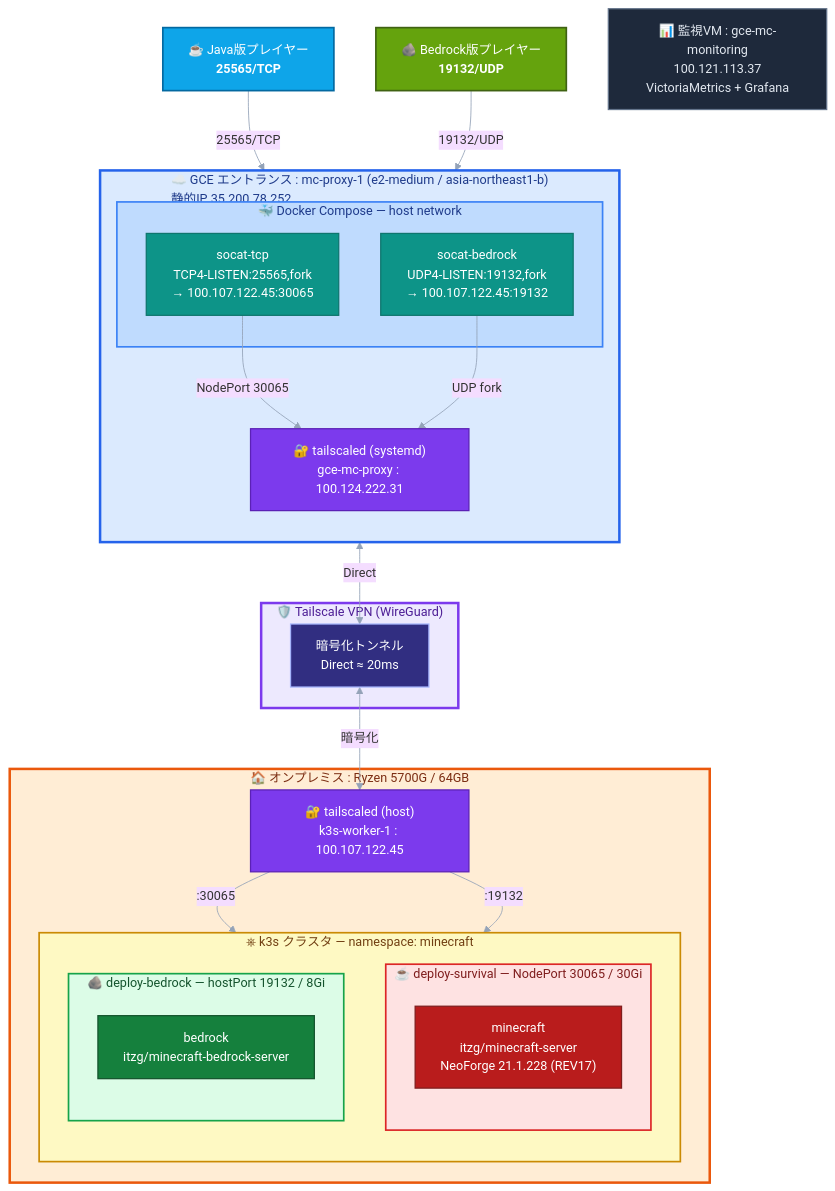
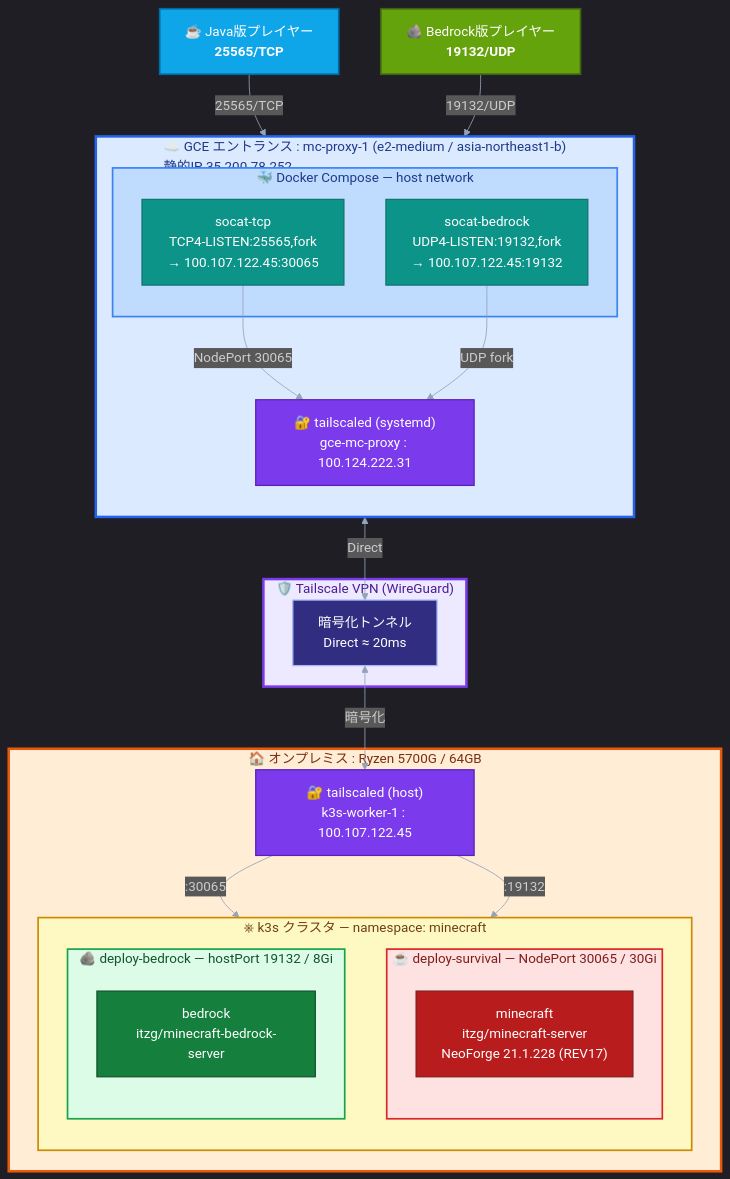
One commit to Tagomori0211/Minecraft-on-Kubenates changed the diagram in Documents/architecture/infrastructure.mermaid. Above: the diagram before and after it, drawn with Mermaid. The commit also changed 1 other file, not shown here.

Commit message:
infra mermaid fix

```diff
--- a/Documents/architecture/infrastructure.mermaid
+++ b/Documents/architecture/infrastructure.mermaid
@@ -1,91 +1,83 @@
-%%{init: {'theme':'base', 'themeVariables': {
-  'fontFamily':'Meiryo, Noto Sans JP, sans-serif',
-  'fontSize':'15px',
-  'clusterBkg':'transparent',
+%%{init: {'theme':'dark', 'themeVariables': {
   'lineColor':'#94a3b8'
 }}}%%
 flowchart TD
 
     %% ───────────── プレイヤー ─────────────
     Player_Java["☕ Java版プレイヤー<br/><b>25565/TCP</b>"]
     Player_Bedrock["🪨 Bedrock版プレイヤー<br/><b>19132/UDP</b>"]
 
     %% ───────────── GCE エントランス ─────────────
     subgraph GCE["☁️ GCE エントランス : mc-proxy-1 (e2-medium / asia-northeast1-b)<br/>静的IP 35.200.78.252"]
         direction TB
         subgraph Compose["🐳 Docker Compose — host network"]
             SocatTCP["socat-tcp<br/>TCP4-LISTEN:25565,fork<br/>→ 100.107.122.45:30065"]
             SocatUDP["socat-bedrock<br/>UDP4-LISTEN:19132,fork<br/>→ 100.107.122.45:19132"]
         end
         TailscaledGCE["🔐 tailscaled (systemd)<br/>gce-mc-proxy : 100.124.222.31"]
     end
 
     %% ───────────── Tailscale VPN ─────────────
     subgraph TS["🛡️ Tailscale VPN (WireGuard)"]
         TS_Net["暗号化トンネル<br/>Direct ≈ 20ms"]
     end
 
     %% ───────────── オンプレ k3s ─────────────
     subgraph Onprem["🏠 オンプレミス : Ryzen 5700G / 64GB"]
         TailscaledK3s["🔐 tailscaled (host)<br/>k3s-worker-1 : 100.107.122.45"]
         subgraph K3s["⎈ k3s クラスタ — namespace: minecraft"]
             direction TB
             subgraph Survival["☕ deploy-survival — NodePort 30065 / 30Gi"]
                 direction TB
                 SvMc["minecraft<br/>itzg/minecraft-server<br/>NeoForge 21.1.228 (REV17)"]
 
             end
             subgraph Bedrock["🪨 deploy-bedrock — hostPort 19132 / 8Gi"]
                 direction TB
                 BdSrv["bedrock<br/>itzg/minecraft-bedrock-server"]
 
             end
 
         end
     end
 
-    %% ───────────── 監視 / バックアップ先 ─────────────
-    Monitoring["📊 監視VM : gce-mc-monitoring<br/>100.121.113.37<br/>VictoriaMetrics + Grafana"]
-    
 
     %% ───────────── データフロー ─────────────
     Player_Java    -->|"25565/TCP"| SocatTCP
     Player_Bedrock -->|"19132/UDP"| SocatUDP
 
     SocatTCP -->|"NodePort 30065"| TailscaledGCE
     SocatUDP -->|"UDP fork"| TailscaledGCE
     TailscaledGCE <-->|"Direct"| TS_Net
     TS_Net <-->|"暗号化"| TailscaledK3s
 
     TailscaledK3s -->|":30065"| Survival
     TailscaledK3s -->|":19132"| Bedrock
 
 
 
     %% ───────────── スタイル ─────────────
     classDef player    fill:#0ea5e9,color:#fff,stroke:#0369a1,stroke-width:2px;
     classDef playerBed fill:#65a30d,color:#fff,stroke:#3f6212,stroke-width:2px;
     classDef socat     fill:#0d9488,color:#fff,stroke:#0f766e,stroke-width:1.5px;
     classDef tsnode    fill:#7c3aed,color:#fff,stroke:#5b21b6,stroke-width:1.5px;
     classDef tsnet     fill:#312e81,color:#fff,stroke:#a5b4fc,stroke-width:1.5px;
     classDef svComp    fill:#b91c1c,color:#fff,stroke:#7f1d1d,stroke-width:1.5px;
     classDef bdComp    fill:#15803d,color:#fff,stroke:#14532d,stroke-width:1.5px;
     classDef ext       fill:#1e293b,color:#e2e8f0,stroke:#64748b,stroke-width:1.5px;
 
     class Player_Java player;
     class Player_Bedrock playerBed;
     class SocatTCP,SocatUDP socat;
     class TailscaledGCE,TailscaledK3s tsnode;
     class TS_Net tsnet;
     class SvMc,SvMon,SvLog svComp;
     class BdSrv,BdMon bdComp;
-    class BdsBackup,GcsBackup ops;
-    class Monitoring,GCS ext;
-
+    
     style GCE        fill:#dbeafe,color:#1e3a8a,stroke:#2563eb,stroke-width:3px;
     style Compose    fill:#bfdbfe,color:#1e3a8a,stroke:#3b82f6,stroke-width:2px;
     style TS         fill:#ede9fe,color:#4c1d95,stroke:#7c3aed,stroke-width:3px;
     style Onprem     fill:#ffedd5,color:#7c2d12,stroke:#ea580c,stroke-width:3px;
     style K3s        fill:#fef9c3,color:#713f12,stroke:#ca8a04,stroke-width:2px;
     style Survival   fill:#fee2e2,color:#7f1d1d,stroke:#dc2626,stroke-width:2px;
     style Bedrock    fill:#dcfce7,color:#14532d,stroke:#16a34a,stroke-width:2px;
```
